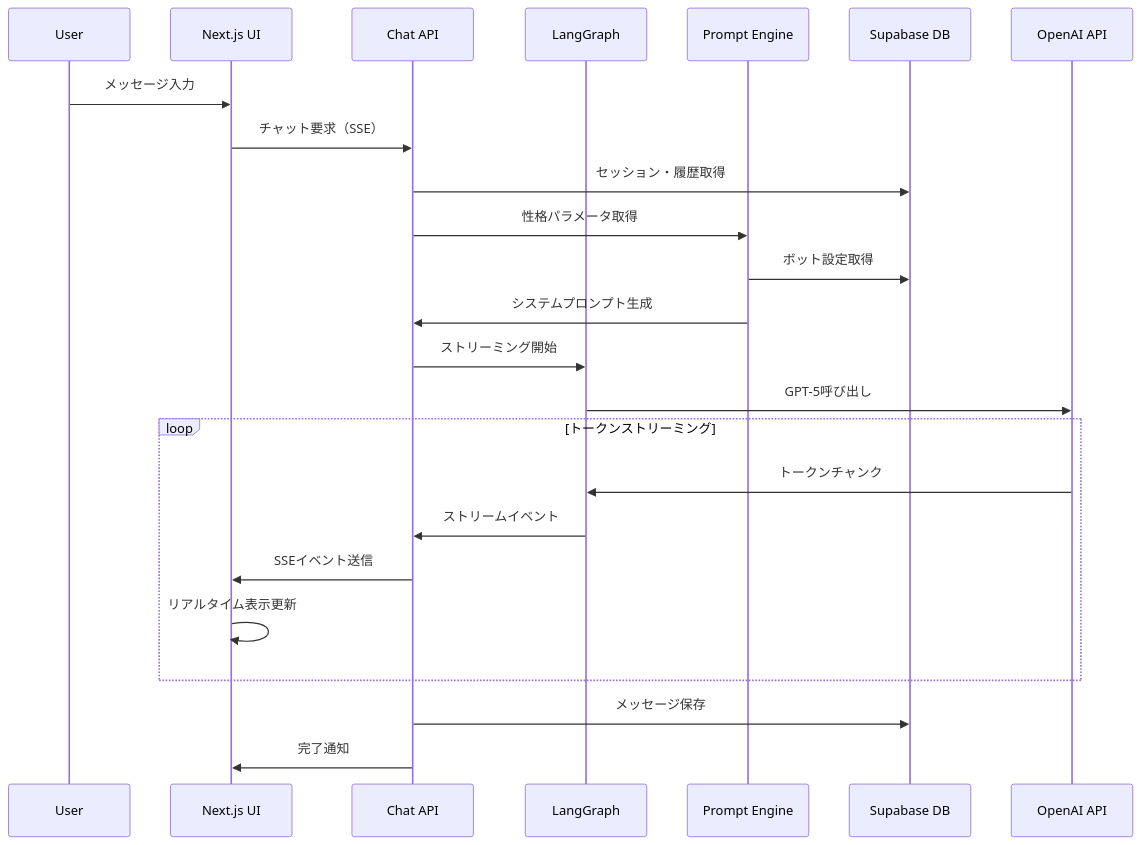
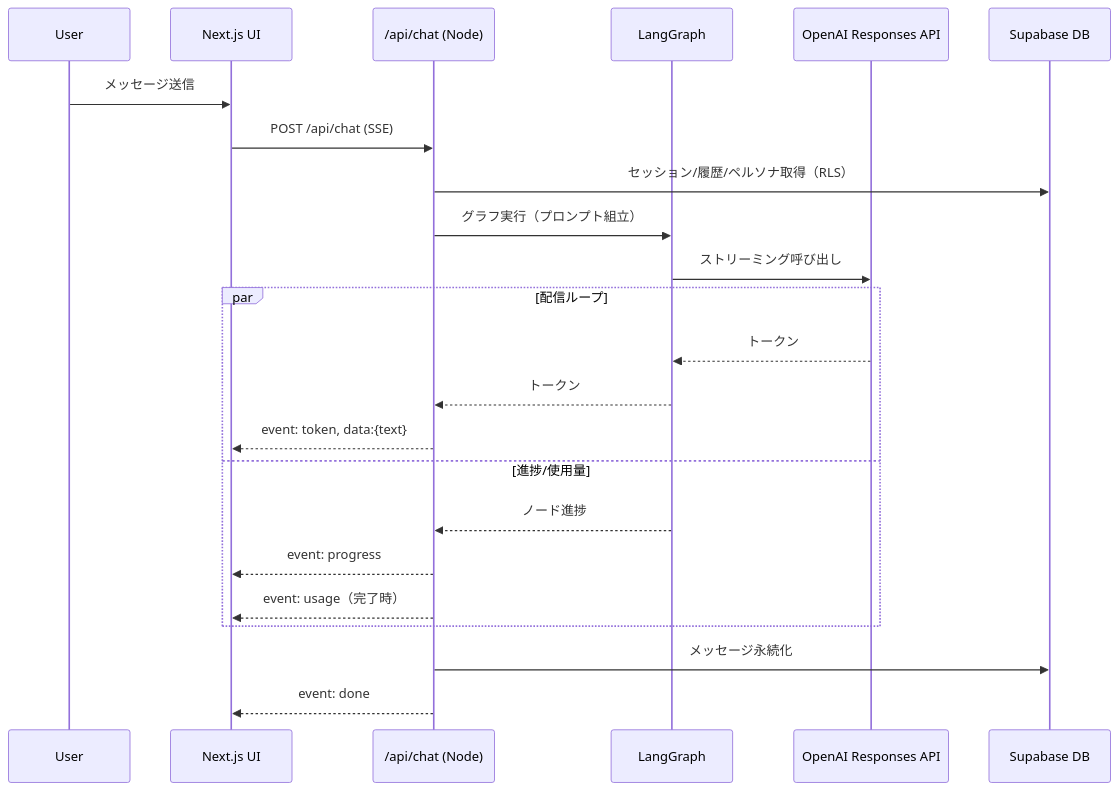
One commit to nunurio/chatmbti changed the fourth of 5 diagrams in .kiro/specs/mbti-chatbot-system/design.md. Above: the diagram before and after it, drawn with Mermaid. The commit also changed other lines of this file and 6 other files, not shown here.

First line of the commit message:
docs(changeset): add supabase-database-schema-implementation

````diff
--- a/.kiro/specs/mbti-chatbot-system/design.md
+++ b/.kiro/specs/mbti-chatbot-system/design.md
@@ -109,29 +133,26 @@
 ```mermaid
 sequenceDiagram
-    participant U as User
-    participant UI as Next.js UI
-    participant API as Chat API
-    participant LG as LangGraph
-    participant PE as Prompt Engine
-    participant DB as Supabase DB
-    participant OpenAI as OpenAI API
-    
-    U->>UI: メッセージ入力
-    UI->>API: チャット要求（SSE）
-    API->>DB: セッション・履歴取得
-    API->>PE: 性格パラメータ取得
-    PE->>DB: ボット設定取得
-    PE->>API: システムプロンプト生成
-    API->>LG: ストリーミング開始
-    LG->>OpenAI: GPT-5呼び出し
-    
-    loop トークンストリーミング
-        OpenAI->>LG: トークンチャンク
-        LG->>API: ストリームイベント
-        API->>UI: SSEイベント送信
-        UI->>UI: リアルタイム表示更新
-    end
-    
-    API->>DB: メッセージ保存
-    API->>UI: 完了通知
+  participant U as User
+  participant UI as Next.js UI
+  participant API as /api/chat (Node)
+  participant LG as LangGraph
+  participant OAI as OpenAI Responses API
+  participant DB as Supabase DB
+
+  U->>UI: メッセージ送信
+  UI->>API: POST /api/chat (SSE)
+  API->>DB: セッション/履歴/ペルソナ取得（RLS）
+  API->>LG: グラフ実行（プロンプト組立）
+  LG->>OAI: ストリーミング呼び出し
+  par 配信ループ
+    OAI-->>LG: トークン
+    LG-->>API: トークン
+    API-->>UI: event: token, data:{text}
+  and 進捗/使用量
+    LG-->>API: ノード進捗
+    API-->>UI: event: progress
+    API-->>UI: event: usage（完了時）
+  end
+  API->>DB: メッセージ永続化
+  API-->>UI: event: done
 ```
````
